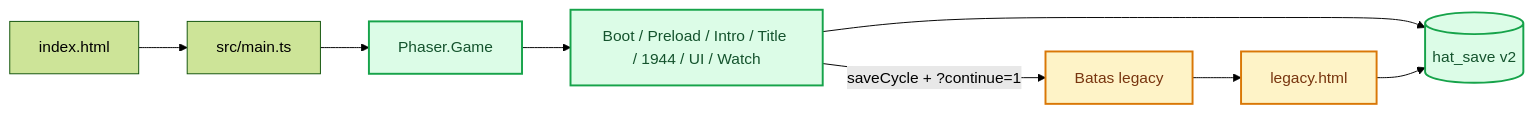
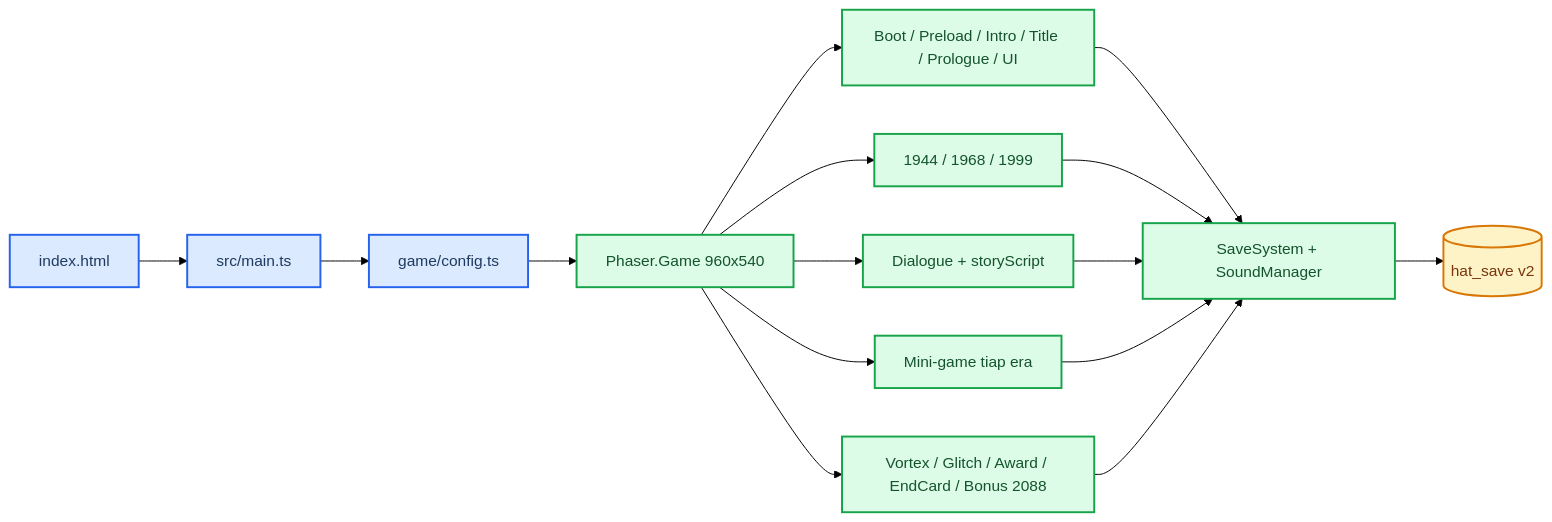
One commit to will702/hearts-across-time changed the first of 3 diagrams in docs/ARCHITECTURE.md. Above: the diagram before and after it, drawn with Mermaid (forest theme). The commit also changed other lines of this file and 58 other files, not shown here.

Commit message:
tightened the parity between the legacy and phaser version

````diff
--- a/docs/ARCHITECTURE.md
+++ b/docs/ARCHITECTURE.md
@@ -15,15 +19,24 @@
 ```mermaid
 flowchart LR
-    index[index.html] --> vite[src/main.ts]
-    vite --> game[Phaser.Game]
-    game --> native[Boot / Preload / Intro / Title / 1944 / UI / Watch]
-    native --> save[(hat_save v2)]
-    native -->|saveCycle + ?continue=1| seam[Batas legacy]
-    seam --> legacy[legacy.html]
-    legacy --> save
+    index[index.html] --> main[src/main.ts]
+    main --> config[game/config.ts]
+    config --> game[Phaser.Game 960x540]
+    game --> foundation[Boot / Preload / Intro / Title / Prologue / UI]
+    game --> eras[1944 / 1968 / 1999]
+    game --> narrative[Dialogue + storyScript]
+    game --> puzzles[Mini-game tiap era]
+    game --> outcomes[Vortex / Glitch / Award / EndCard / Bonus 2088]
+    foundation --> services[SaveSystem + SoundManager]
+    eras --> services
+    narrative --> services
+    puzzles --> services
+    outcomes --> services
+    services --> storage[(hat_save v2)]
 
-    classDef nativeStyle fill:#dcfce7,stroke:#16a34a,stroke-width:2px,color:#14532d
-    classDef legacyStyle fill:#fef3c7,stroke:#d97706,stroke-width:2px,color:#78350f
-    class game,native,save nativeStyle
-    class seam,legacy legacyStyle
+    classDef entry fill:#dbeafe,stroke:#2563eb,stroke-width:2px,color:#1e3a5f
+    classDef domain fill:#dcfce7,stroke:#16a34a,stroke-width:2px,color:#14532d
+    classDef state fill:#fef3c7,stroke:#d97706,stroke-width:2px,color:#78350f
+    class index,main,config entry
+    class game,foundation,eras,narrative,puzzles,outcomes,services domain
+    class storage state
 ```
````
